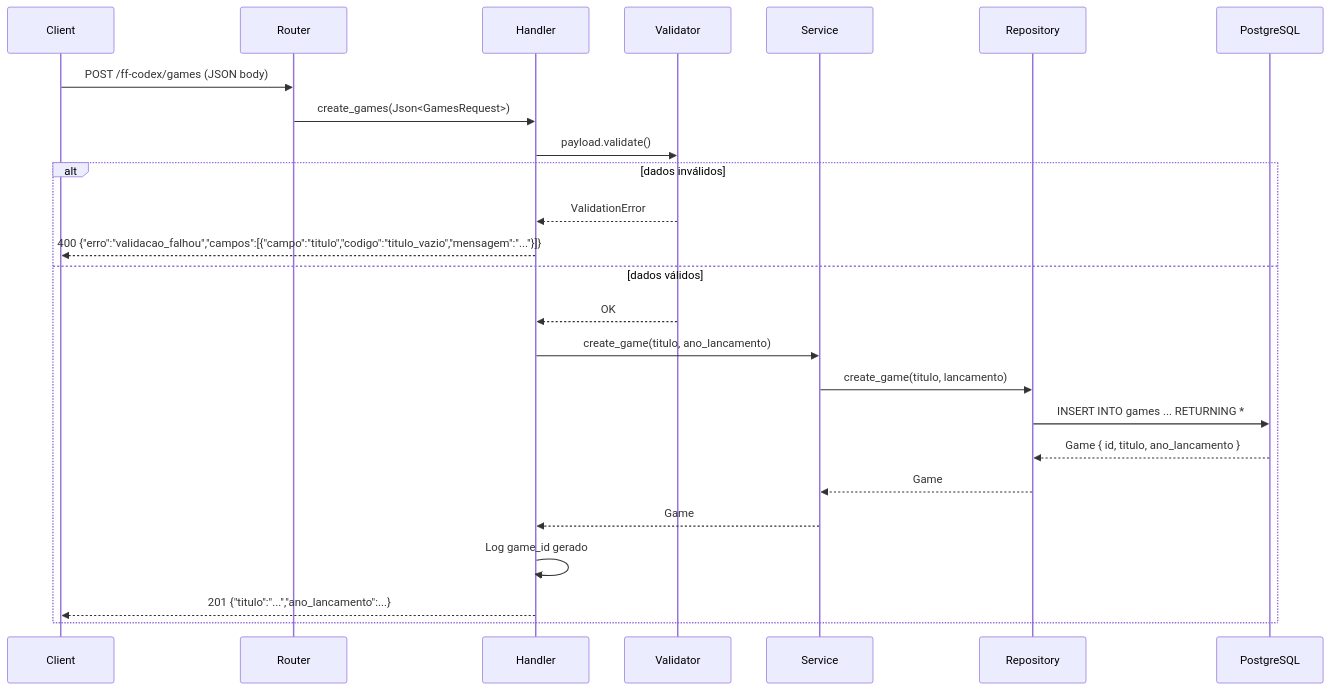
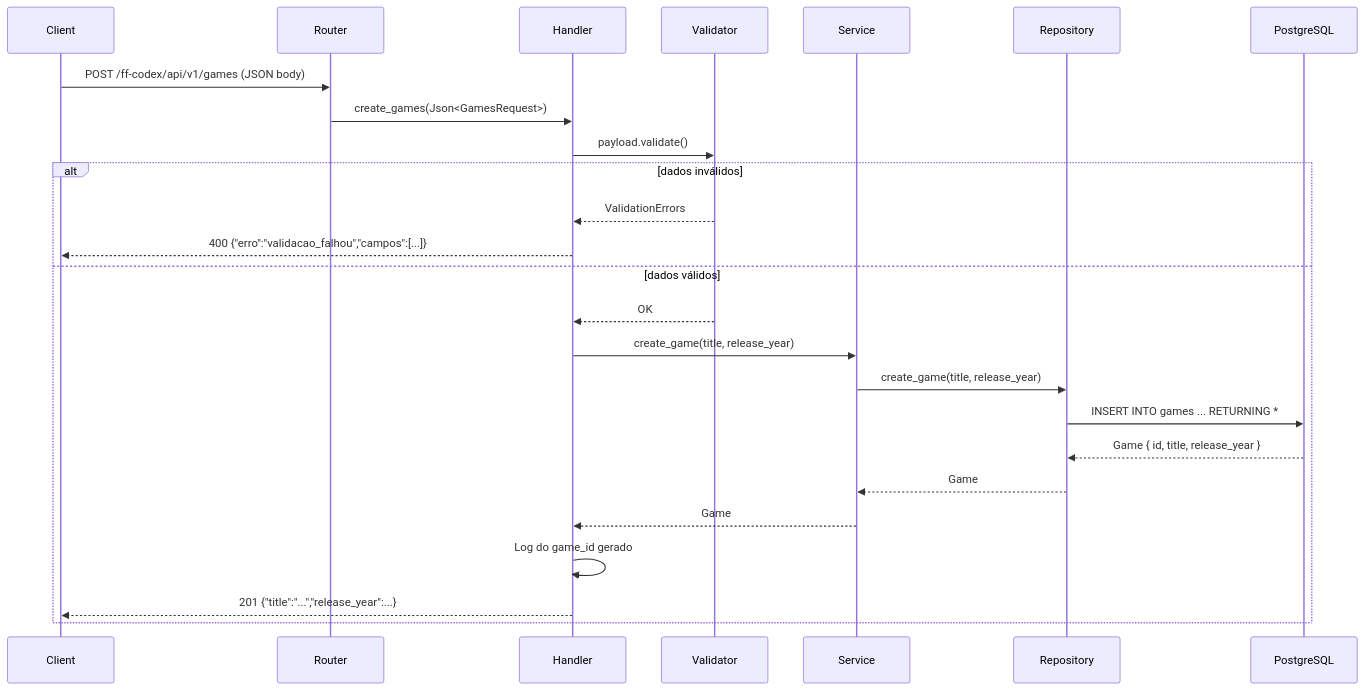
Before and after one commit to Daniel-Dos/ff-codex: the fourth of 7 diagrams in README.md, drawn with Mermaid. The commit also changed other lines of this file and 11 other files, not shown here.

````diff
--- a/README.md
+++ b/README.md
@@ -183,28 +203,28 @@
 ```mermaid
 sequenceDiagram
     participant C as Client
     participant R as Router
     participant H as Handler
     participant V as Validator
     participant S as Service
     participant RE as Repository
     participant DB as PostgreSQL
 
-    C->>R: POST /ff-codex/games (JSON body)
+    C->>R: POST /ff-codex/api/v1/games (JSON body)
     R->>H: create_games(Json<GamesRequest>)
     H->>V: payload.validate()
     alt dados inválidos
-        V-->>H: ValidationError
-        H-->>C: 400 {"erro":"validacao_falhou","campos":[{"campo":"titulo","codigo":"titulo_vazio","mensagem":"..."}]}
+        V-->>H: ValidationErrors
+        H-->>C: 400 {"erro":"validacao_falhou","campos":[...]}
     else dados válidos
         V-->>H: OK
-        H->>S: create_game(titulo, ano_lancamento)
-        S->>RE: create_game(titulo, lancamento)
+        H->>S: create_game(title, release_year)
+        S->>RE: create_game(title, release_year)
         RE->>DB: INSERT INTO games ... RETURNING *
-        DB-->>RE: Game { id, titulo, ano_lancamento }
+        DB-->>RE: Game { id, title, release_year }
         RE-->>S: Game
         S-->>H: Game
-        H->>H: Log game_id gerado
-        H-->>C: 201 {"titulo":"...","ano_lancamento":...}
+        H->>H: Log do game_id gerado
+        H-->>C: 201 {"title":"...","release_year":...}
     end
 ```
````
